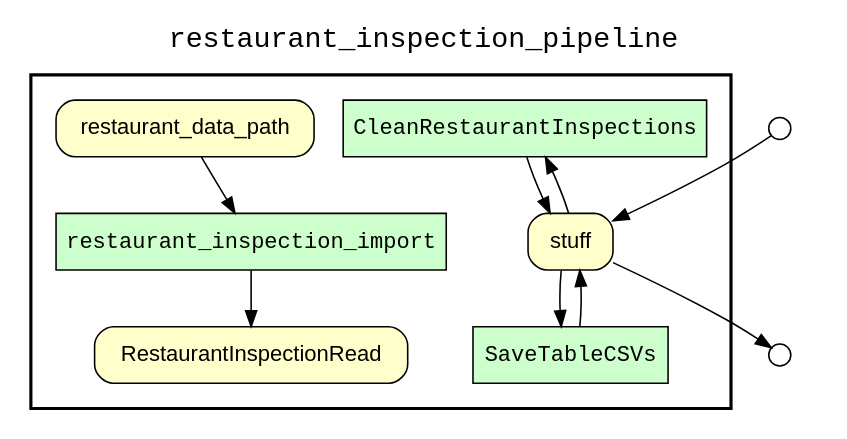
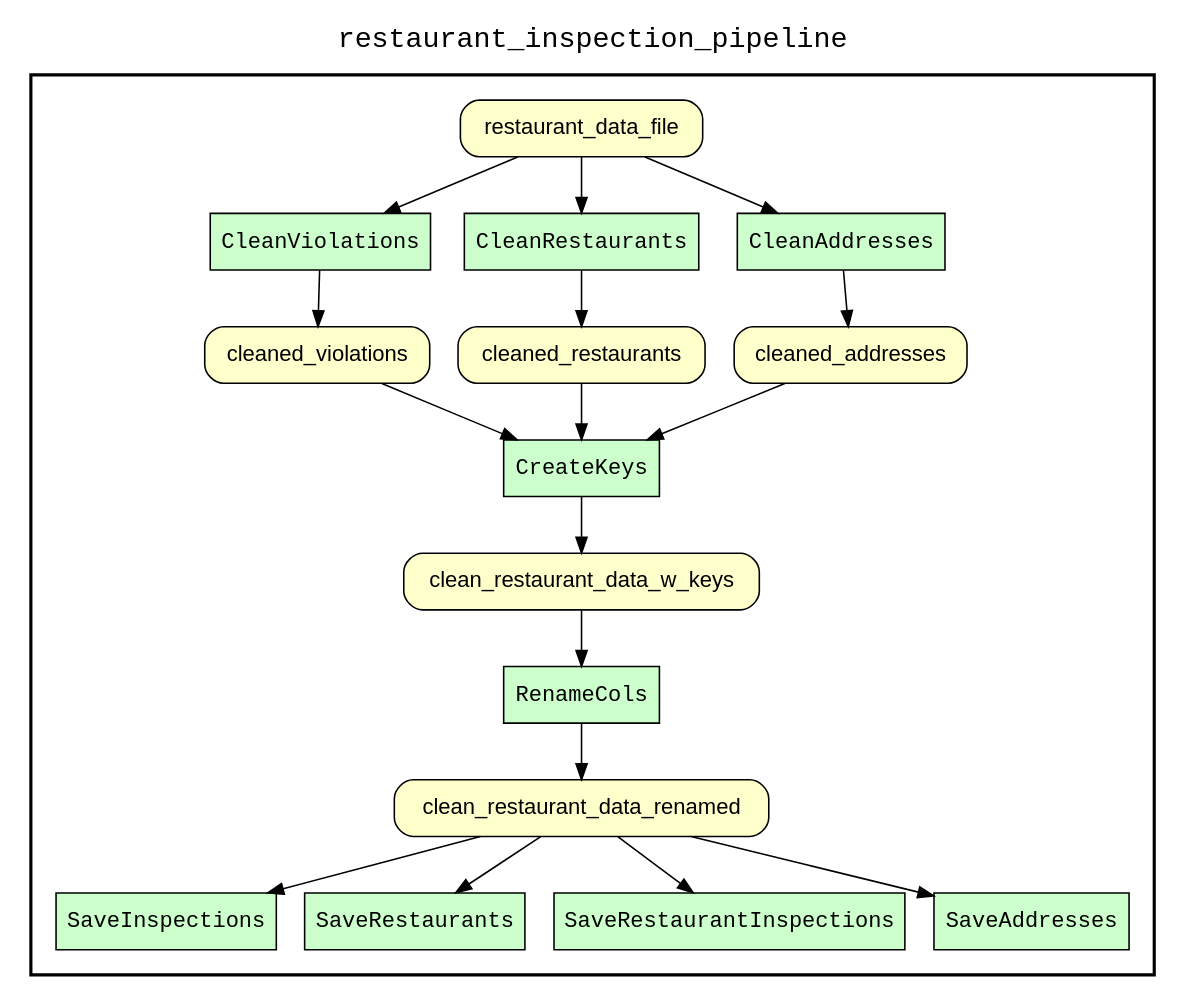
Before and after one commit to TylerLott/data-clean-proj: the diagram in workflow/results/complete_wf_graph.gv, drawn with Graphviz. The commit also changed 12 other files, not shown here.

Commit message:
better yesworkflow diagram

```diff
--- a/workflow/results/complete_wf_graph.gv
+++ b/workflow/results/complete_wf_graph.gv
@@ -1,37 +1,52 @@
 
 digraph yw_data_view {
 rankdir=TB
 fontname=Courier; fontsize=18; labelloc=t
 label="restaurant_inspection_pipeline"
 subgraph cluster_workflow { label=""; color=black; penwidth=2
 subgraph cluster_workflow_inner { label=""; color=white
 node[shape=box style="filled" fillcolor="#CCFFCC" peripheries=1 fontname=Courier]
-restaurant_inspection_import
+CleanViolations
+CleanRestaurants
+CleanAddresses
+CreateKeys
+RenameCols
+SaveInspections
+SaveRestaurants
+SaveRestaurantInspections
+SaveAddresses
 node[shape=box style="filled" fillcolor="#CCFFCC" peripheries=1 fontname=Courier]
-CleanRestaurantInspections
-SaveTableCSVs
 node[shape=box style="rounded,filled" fillcolor="#FFFFCC" peripheries=1 fontname=Helvetica]
-stuff
-RestaurantInspectionRead
-restaurant_data_path
+clean_restaurant_data_renamed
+clean_restaurant_data_w_keys
+cleaned_addresses
+cleaned_restaurants
+cleaned_violations
+restaurant_data_file
 node[shape=box style="rounded,filled" fillcolor="#FFFFFF" peripheries=1 fontname=Helvetica]
 }}
 subgraph cluster_inflows { label=""; color=white; penwidth=2
 subgraph cluster_inflows_inner { label=""; color=white
 node[shape=circle fillcolor="#FFFFFF" peripheries=1 width=0.2]
-stuff_inflow [label=""]
 }}
 subgraph cluster_outflows { label=""; color=white; penwidth=2
 subgraph cluster_outflows_inner { label=""; color=white
 node[shape=circle fillcolor="#FFFFFF" peripheries=1 width=0.2]
-stuff_outflow [label=""]
 }}
-stuff -> CleanRestaurantInspections
-stuff -> SaveTableCSVs
-restaurant_data_path -> restaurant_inspection_import
-restaurant_inspection_import -> RestaurantInspectionRead
-CleanRestaurantInspections -> stuff
-SaveTableCSVs -> stuff
-stuff_inflow -> stuff
-stuff -> stuff_outflow
+clean_restaurant_data_renamed -> SaveInspections
+clean_restaurant_data_renamed -> SaveRestaurants
+clean_restaurant_data_renamed -> SaveRestaurantInspections
+clean_restaurant_data_renamed -> SaveAddresses
+clean_restaurant_data_w_keys -> RenameCols
+cleaned_addresses -> CreateKeys
+cleaned_restaurants -> CreateKeys
+cleaned_violations -> CreateKeys
+restaurant_data_file -> CleanViolations
+restaurant_data_file -> CleanRestaurants
+restaurant_data_file -> CleanAddresses
+CleanViolations -> cleaned_violations
+CleanRestaurants -> cleaned_restaurants
+CleanAddresses -> cleaned_addresses
+CreateKeys -> clean_restaurant_data_w_keys
+RenameCols -> clean_restaurant_data_renamed
 }
```
